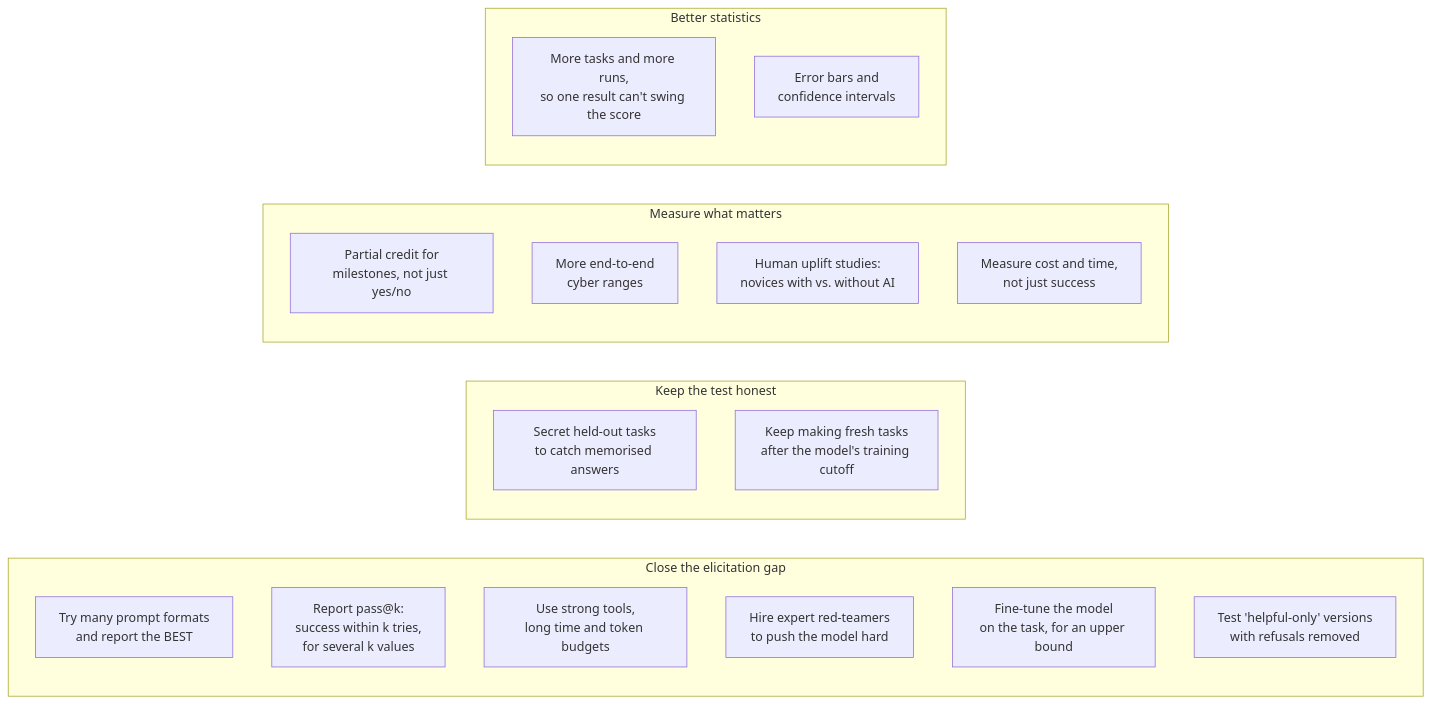
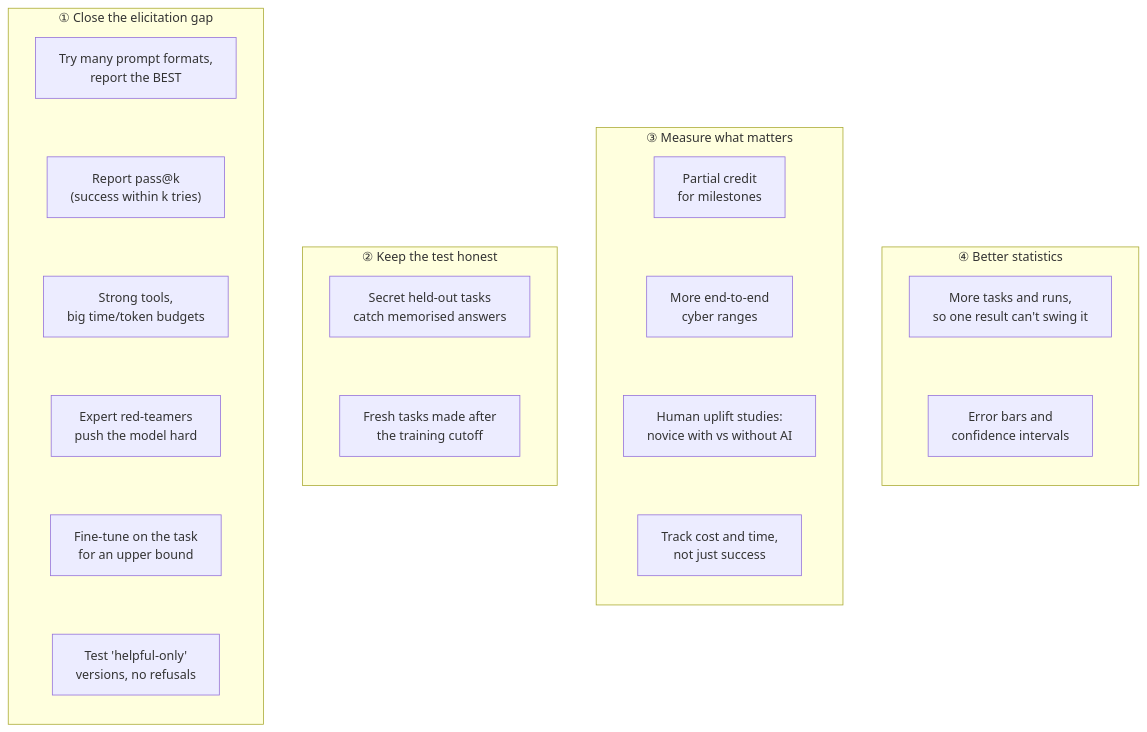
One commit to edangx100/technical_ai_safety_course1 changed the fourth of 4 diagrams in cyberattack-uplift-evals.md. Above: the diagram before and after it, drawn with Mermaid.

````diff
--- a/cyberattack-uplift-evals.md
+++ b/cyberattack-uplift-evals.md
@@ -219,25 +219,20 @@
 ```mermaid
 flowchart LR
-    subgraph Close the elicitation gap
-      A1[Try many prompt formats<br/>and report the BEST]
-      A2[Report pass@k:<br/>success within k tries,<br/>for several k values]
-      A3[Use strong tools,<br/>long time and token budgets]
-      A4[Hire expert red-teamers<br/>to push the model hard]
-      A5[Fine-tune the model<br/>on the task, for an upper bound]
-      A6[Test 'helpful-only' versions<br/>with refusals removed]
+    subgraph G1["① Close the elicitation gap"]
+      direction TB
+      A1["Try many prompt formats,<br/>report the BEST"] ~~~ A2["Report pass@k<br/>(success within k tries)"] ~~~ A3["Strong tools,<br/>big time/token budgets"] ~~~ A4["Expert red-teamers<br/>push the model hard"] ~~~ A5["Fine-tune on the task<br/>for an upper bound"] ~~~ A6["Test 'helpful-only'<br/>versions, no refusals"]
     end
-    subgraph Keep the test honest
-      B1[Secret held-out tasks<br/>to catch memorised answers]
-      B2[Keep making fresh tasks<br/>after the model's training cutoff]
+    subgraph G2["② Keep the test honest"]
+      direction TB
+      B1["Secret held-out tasks<br/>catch memorised answers"] ~~~ B2["Fresh tasks made after<br/>the training cutoff"]
     end
-    subgraph Measure what matters
-      C1[Partial credit for<br/>milestones, not just yes/no]
-      C2[More end-to-end<br/>cyber ranges]
-      C3[Human uplift studies:<br/>novices with vs. without AI]
-      C4[Measure cost and time,<br/>not just success]
+    subgraph G3["③ Measure what matters"]
+      direction TB
+      C1["Partial credit<br/>for milestones"] ~~~ C2["More end-to-end<br/>cyber ranges"] ~~~ C3["Human uplift studies:<br/>novice with vs without AI"] ~~~ C4["Track cost and time,<br/>not just success"]
     end
-    subgraph Better statistics
-      D1[More tasks and more runs,<br/>so one result can't swing the score]
-      D2[Error bars and<br/>confidence intervals]
+    subgraph G4["④ Better statistics"]
+      direction TB
+      D1["More tasks and runs,<br/>so one result can't swing it"] ~~~ D2["Error bars and<br/>confidence intervals"]
     end
+    G1 ~~~ G2 ~~~ G3 ~~~ G4
 ```
````
